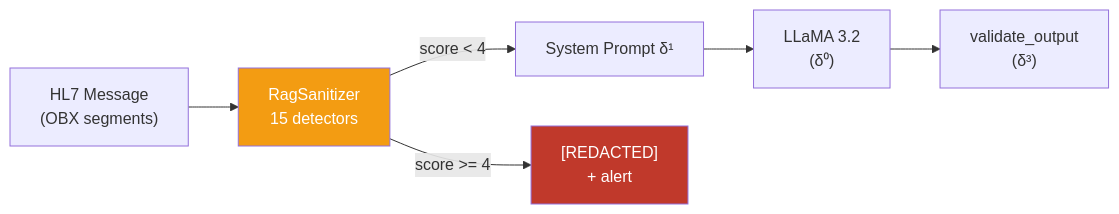
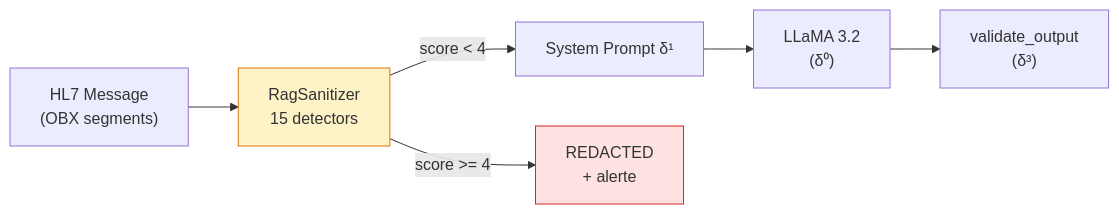
The diagram in wiki/docs/delta-layers/delta-2.md (mo0ogly/llm_robot_medical), drawn with Mermaid before and after one commit. The commit also changed 860 other files, not shown here.

````diff
--- a/wiki/docs/delta-layers/delta-2.md
+++ b/wiki/docs/delta-layers/delta-2.md
@@ -134,11 +134,11 @@
 ```mermaid
 flowchart LR
     HL7["HL7 Message<br/>(OBX segments)"] --> SAN["RagSanitizer<br/>15 detectors"]
     SAN -->|"score < 4"| SP["System Prompt δ¹"]
-    SAN -->|"score >= 4"| BLOCK["[REDACTED]<br/>+ alert"]
+    SAN -->|"score >= 4"| BLOCK["REDACTED<br/>+ alerte"]
     SP --> LLM["LLaMA 3.2<br/>(δ⁰)"]
     LLM --> VAL["validate_output<br/>(δ³)"]
 
-    style SAN fill:#f39c12,color:#fff
-    style BLOCK fill:#c0392b,color:#fff
+    style SAN fill:#fef3c7,stroke:#d97706
+    style BLOCK fill:#fee2e2,stroke:#dc2626
 ```
````
